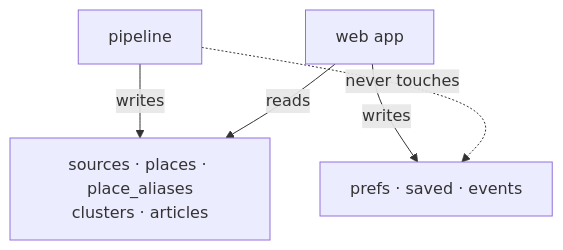
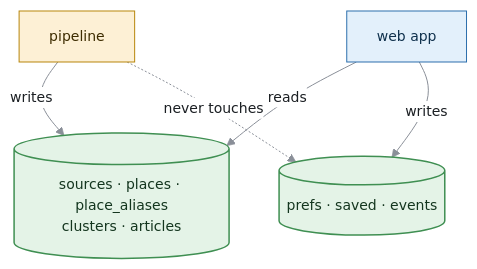
The fifth of 5 diagrams in ARCHITECTURE.md (nvkudva/Smart-News), drawn with Mermaid before and after one commit. The commit also changed other lines of this file, not shown here.

First line of the commit message:
Give the diagrams a palette that survives both GitHub themes

````diff
--- a/ARCHITECTURE.md
+++ b/ARCHITECTURE.md
@@ -130,7 +162,19 @@
 ```mermaid
-graph TD
-  P[pipeline] -->|writes| T1[sources · places · place_aliases<br/>clusters · articles]
-  A[web app] -->|writes| T2[prefs · saved · events]
+%%{init: {'theme':'base','themeVariables':{'fontFamily':'ui-sans-serif, system-ui, sans-serif','fontSize':'14px','lineColor':'#8a8f98','primaryTextColor':'#1b1f23','edgeLabelBackground':'#ffffff'}}}%%
+flowchart TB
+  P[pipeline]:::runner
+  A[web app]:::cloud
+  T1[(sources · places · place_aliases<br/>clusters · articles)]:::store
+  T2[(prefs · saved · events)]:::store
+  P -->|writes| T1
   A -->|reads| T1
+  A -->|writes| T2
   P -.->|never touches| T2
+
+  classDef ext fill:#eceff1,stroke:#78909c,color:#263238
+  classDef runner fill:#fdf0d5,stroke:#b8860b,color:#3d2c00
+  classDef cloud fill:#e3f0fb,stroke:#2c6fad,color:#10314d
+  classDef store fill:#e4f3e7,stroke:#3f8f52,stroke-width:1.5px,color:#14361f
+  classDef gate fill:#fbe6e6,stroke:#b5504f,color:#4a1414
+  classDef scratch fill:#f4f4f5,stroke:#b0b4ba,color:#3f4145,stroke-dasharray:3 3
 ```
````
